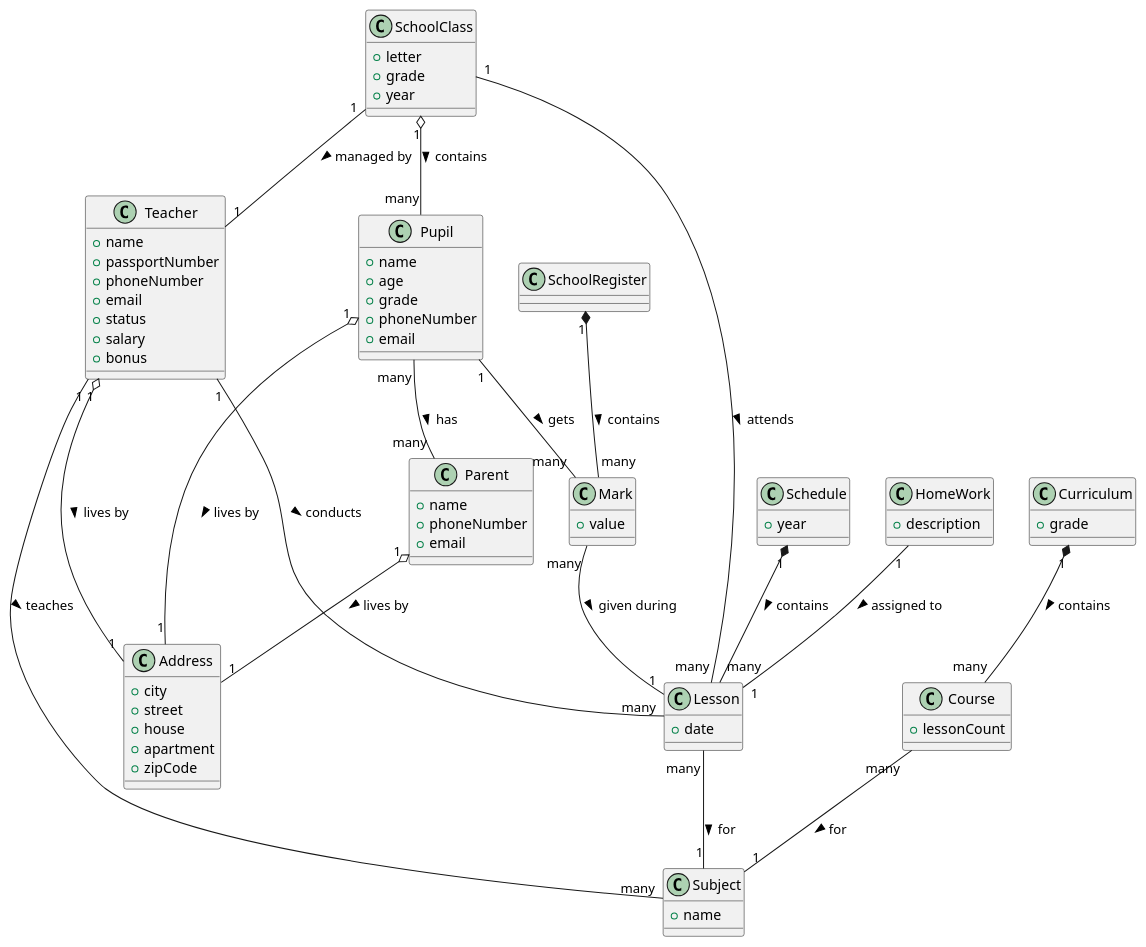
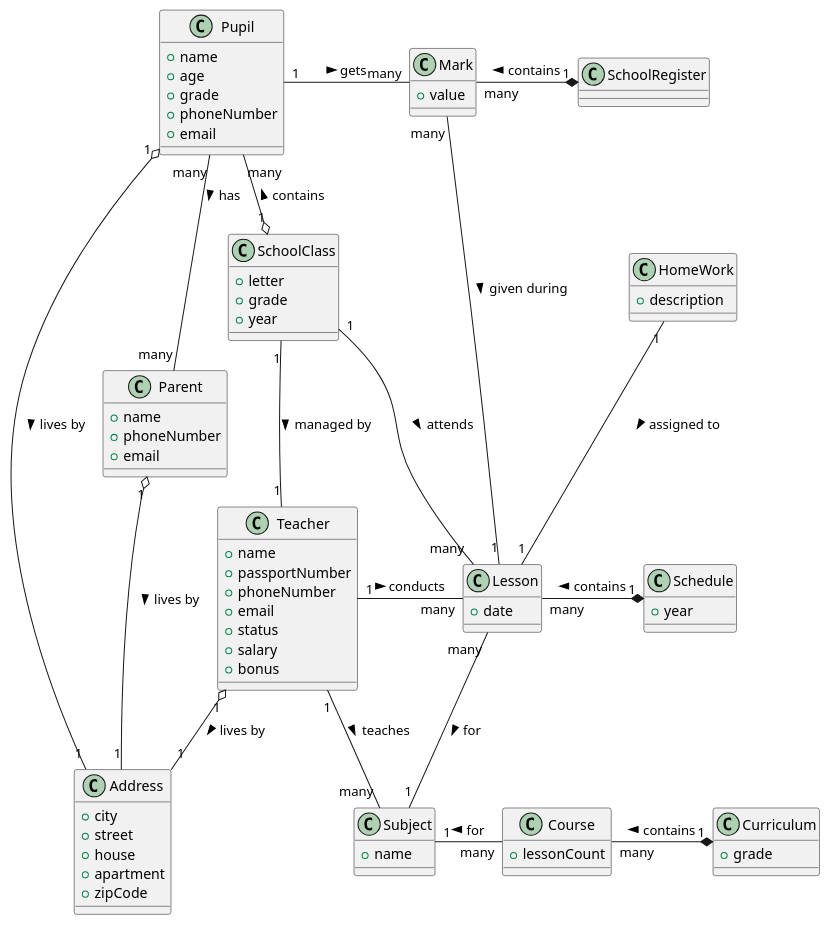
Before and after one commit to vzhuleho/microservices-school: the diagram in domain-model.puml, drawn with PlantUML. The commit also changed 2 other files, not shown here.

Commit message:
school: update documents, prettify domain-model scheme

```diff
--- a/domain-model.puml
+++ b/domain-model.puml
@@ -1,93 +1,93 @@
 @startuml
 
 class Teacher {
     + name
     + passportNumber
     + phoneNumber
     + email
     + status
     + salary
     + bonus
 }
 
 class Subject {
     + name
 }
 
 class Pupil {
     + name
     + age
     + grade
     + phoneNumber
     + email
 }
 
 class Address {
     + city
     + street
     + house
     + apartment
     + zipCode
 }
 
 class Parent {
     + name
     + phoneNumber
     + email
 }
 
 class SchoolClass {
     + letter
     + grade
     + year
 }
 
 class Schedule {
     + year
 }
 
 class Lesson {
     + date
 }
 
 
 class Curriculum {
     + grade
 }
 
 class Course {
     + lessonCount
 }
 
 class SchoolRegister {
 
 }
 
 class Mark {
     + value
 }
 
 class HomeWork {
     + description
 }
 
 
 Pupil "1" o-- "1" Address : lives by >
 Parent "1" o-- "1" Address : lives by >
 Pupil "many" -- "many" Parent: has >
 Teacher "1" o-- "1" Address : lives by >
 Teacher "1" -- "many" Subject : teaches >
 SchoolClass "1" -- "1" Teacher: managed by >
-SchoolClass "1" o-- "many" Pupil: contains >
-Schedule "1" *-- "many" Lesson: contains >
-Teacher "1" -- "many" Lesson: conducts >
+SchoolClass "1" o-up- "many" Pupil: contains >
+Schedule "1" *-left- "many" Lesson: contains >
+Teacher "1" -right- "many" Lesson: conducts >
 SchoolClass "1" -- "many" Lesson: attends >
-Curriculum "1" *-- "many" Course: contains >
-Course "many" -- "1" Subject: for >
-SchoolRegister "1" *-- "many" Mark: contains >
+Curriculum "1" *-left- "many" Course: contains >
+Course "many" -left- "1" Subject: for >
+SchoolRegister "1" *-left- "many" Mark: contains >
 Mark "many" -- "1" Lesson: given during >
-Pupil "1" -- "many" Mark: gets >
+Pupil "1" -right- "many" Mark: gets >
 Lesson "many" -- "1" Subject: for >
 HomeWork "1" -- "1" Lesson: assigned to >
 
 @enduml
```
